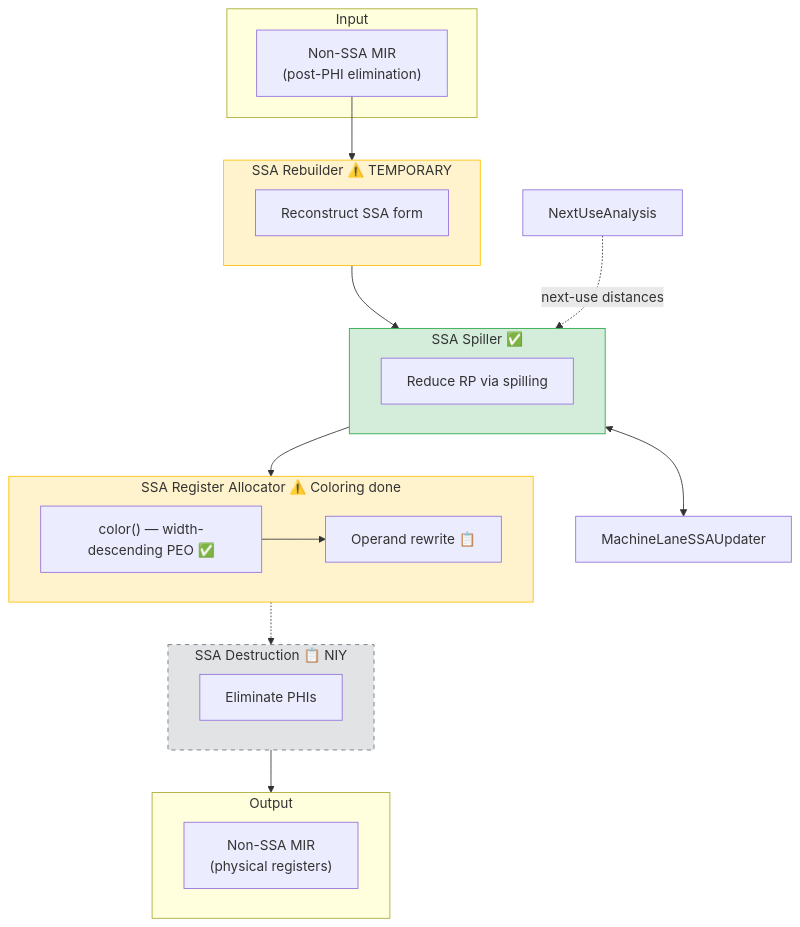
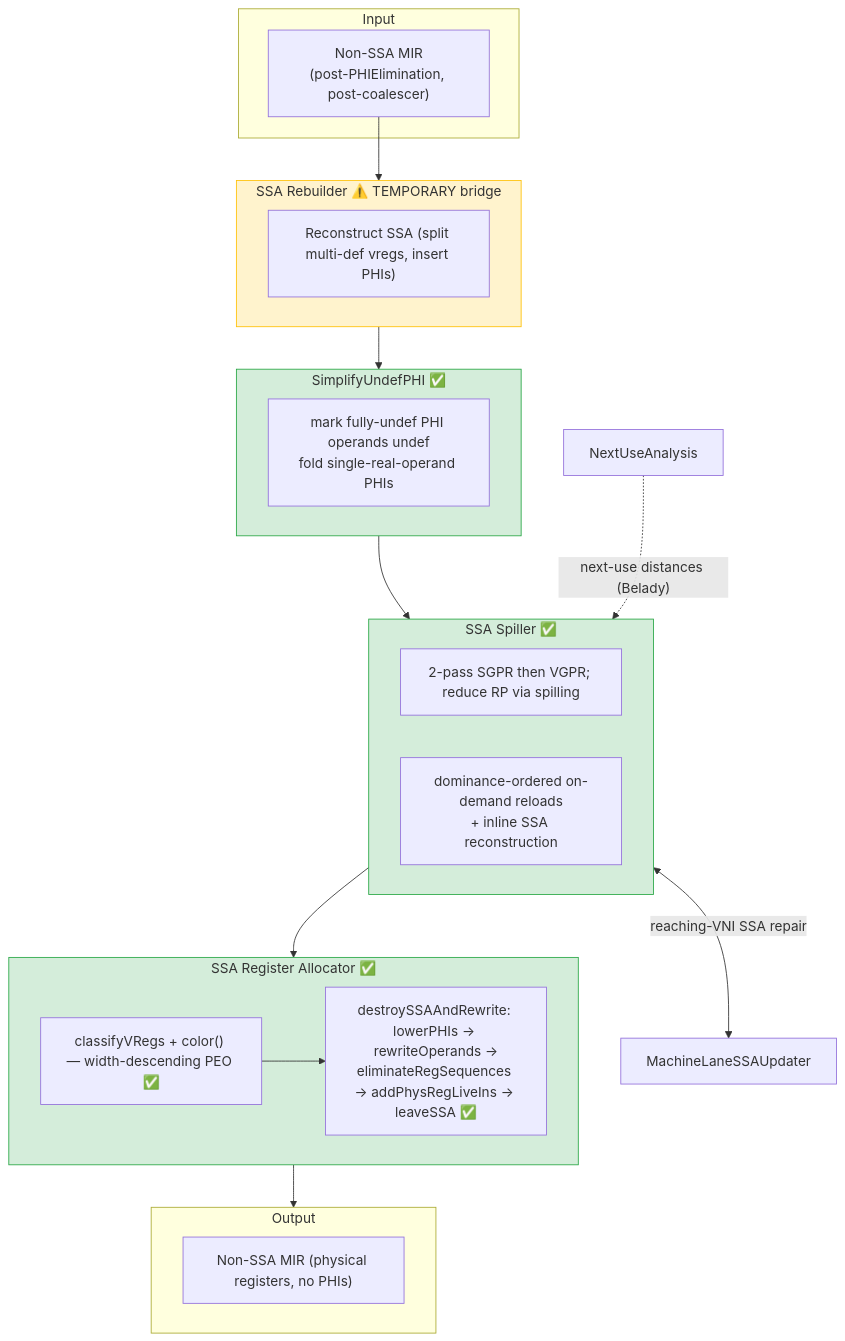
Before and after one commit to alex-t/ssa-spiller-docs: the diagram in SSARA/01-Pipeline/Current_Pipeline.md, drawn with Mermaid. The commit also changed other lines of this file and 28 other files, not shown here.

````diff
--- a/SSARA/01-Pipeline/Current_Pipeline.md
+++ b/SSARA/01-Pipeline/Current_Pipeline.md
@@ -5,46 +7,47 @@
 ```mermaid
 flowchart TD
     subgraph Input["Input"]
-        NonSSA["Non-SSA MIR<br/>(post-PHI elimination)"]
+        NonSSA["Non-SSA MIR<br/>(post-PHIElimination, post-coalescer)"]
     end
-    
+
     NonSSA --> Rebuilder
-    
-    subgraph Rebuilder["SSA Rebuilder ⚠️ TEMPORARY"]
-        R1["Reconstruct SSA form"]
+
+    subgraph Rebuilder["SSA Rebuilder ⚠️ TEMPORARY bridge"]
+        R1["Reconstruct SSA (split multi-def vregs, insert PHIs)"]
     end
-    
-    Rebuilder --> Spiller
-    NUA["NextUseAnalysis"] -.->|"next-use distances"| Spiller
-    
+
+    Rebuilder --> SimplifyPHI
+
+    subgraph SimplifyPHI["SimplifyUndefPHI ✅"]
+        SP1["mark fully-undef PHI operands undef<br/>fold single-real-operand PHIs"]
+    end
+
+    SimplifyPHI --> Spiller
+    NUA["NextUseAnalysis"] -.->|"next-use distances (Belady)"| Spiller
+
     subgraph Spiller["SSA Spiller ✅"]
-        S1["Reduce RP via spilling"]
+        S1["2-pass SGPR then VGPR; reduce RP via spilling"]
+        S2["dominance-ordered on-demand reloads<br/>+ inline SSA reconstruction"]
     end
-    
-    Spiller <--> SSAUpdater["MachineLaneSSAUpdater"]
-    
+
+    Spiller <-->|"reaching-VNI SSA repair"| SSAUpdater["MachineLaneSSAUpdater"]
+
     Spiller --> RegAlloc
-    
-    subgraph RegAlloc["SSA Register Allocator ⚠️ Coloring done"]
-        RA1["color() — width-descending PEO ✅"]
-        RA2["Operand rewrite 📋"]
+
+    subgraph RegAlloc["SSA Register Allocator ✅"]
+        RA1["classifyVRegs + color() — width-descending PEO ✅"]
+        RA2["destroySSAAndRewrite: lowerPHIs → rewriteOperands →<br/>eliminateRegSequences → addPhysRegLiveIns → leaveSSA ✅"]
         RA1 --> RA2
     end
-    
-    RegAlloc -.-> Destruction
-    
-    subgraph Destruction["SSA Destruction 📋 NIY"]
-        D1["Eliminate PHIs"]
+
+    RegAlloc --> Output
+
+    subgraph Output["Output"]
+        Final["Non-SSA MIR (physical registers, no PHIs)"]
     end
-    
-    Destruction --> Output
-    
-    subgraph Output["Output"]
-        Final["Non-SSA MIR<br/>(physical registers)"]
-    end
-    
+
     style Rebuilder fill:#fff3cd,stroke:#ffc107
+    style SimplifyPHI fill:#d4edda,stroke:#28a745
     style Spiller fill:#d4edda,stroke:#28a745
-    style RegAlloc fill:#fff3cd,stroke:#ffc107
-    style Destruction fill:#e2e3e5,stroke:#6c757d,stroke-dasharray: 5 5
+    style RegAlloc fill:#d4edda,stroke:#28a745
 ```
````
